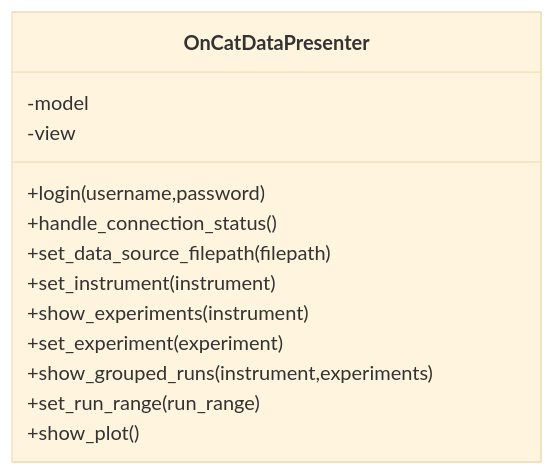
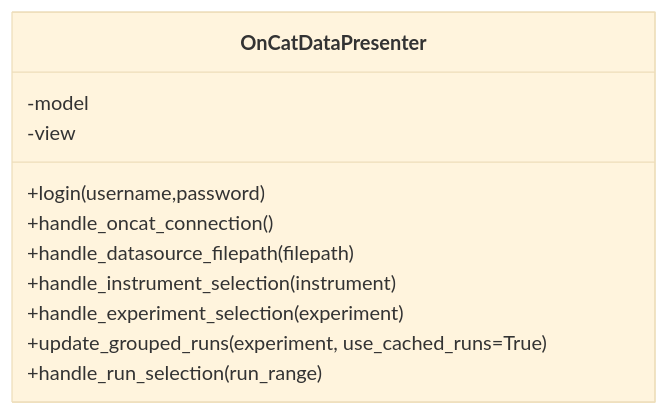
One commit to neutrons/garnet changed the second of 6 diagrams in docs/source/design/oncat_mvp.rst. Above: the diagram before and after it, drawn with Mermaid (base theme). The commit also changed other lines of this file and 6 other files, not shown here.

```diff
--- a/docs/source/design/oncat_mvp.rst
+++ b/docs/source/design/oncat_mvp.rst
@@ -66,16 +66,14 @@
 .. mermaid::
 
  classDiagram
     class OnCatDataPresenter{
        -model
        -view
         +login(username,password)
-        +handle_connection_status()
-        +set_data_source_filepath(filepath)
-        +set_instrument(instrument)
-        +show_experiments(instrument)
-        +set_experiment(experiment)
-        +show_grouped_runs(instrument,experiments)
-        +set_run_range(run_range)
-        +show_plot()
+        +handle_oncat_connection()
+        +handle_datasource_filepath(filepath)
+        +handle_instrument_selection(instrument)
+        +handle_experiment_selection(experiment)
+        +update_grouped_runs(experiment, use_cached_runs=True)
+        +handle_run_selection(run_range)
     }
```
